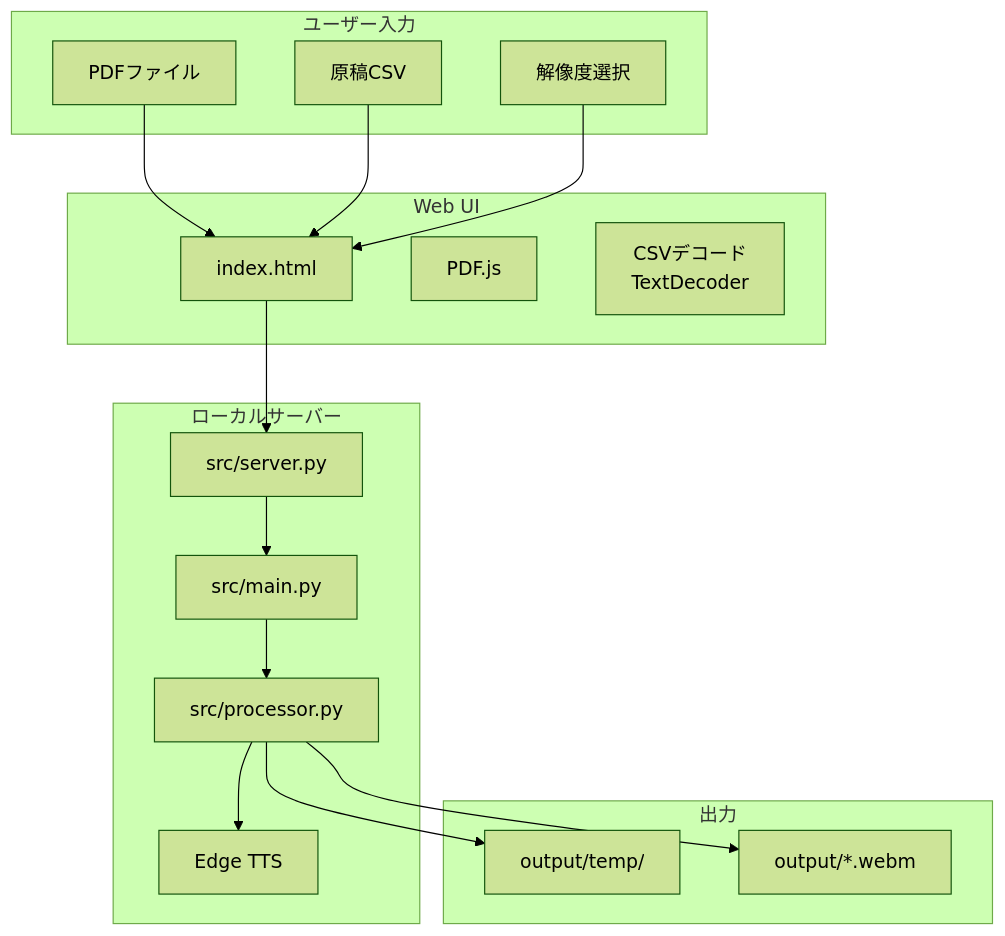
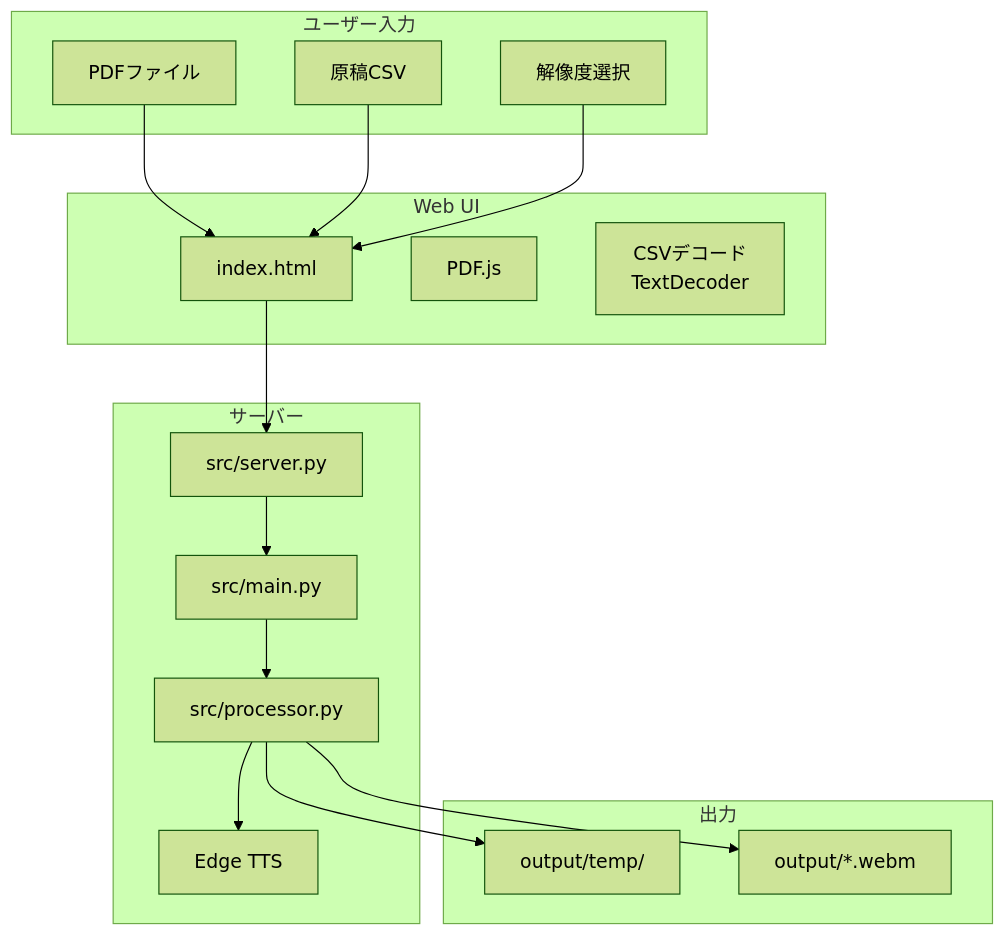
Before and after one commit to J1921604/Slide-MyVoice-Maker: the second of 3 diagrams in specs/001-Slide-Voice-Maker/spec.md, drawn with Mermaid (forest theme). The commit also changed other lines of this file and 8 other files, not shown here.

````diff
--- a/specs/001-Slide-Voice-Maker/spec.md
+++ b/specs/001-Slide-Voice-Maker/spec.md
@@ -48,36 +48,36 @@
 ```mermaid
 flowchart TB
     subgraph ユーザー入力
         PDF[PDFファイル]
         CSV[原稿CSV]
         RES[解像度選択]
     end
 
-    subgraph ローカルサーバー
+    subgraph サーバー
         SERVER[src/server.py]
         MAIN[src/main.py]
         PROC[src/processor.py]
         TTS[Edge TTS]
     end
 
     subgraph Web UI
         HTML[index.html]
         PDFJS[PDF.js]
         CSVDEC[CSVデコード<br/>TextDecoder]
     end
 
     subgraph 出力
         TEMP[output/temp/]
         WEBM[output/*.webm]
     end
 
     PDF --> HTML
     CSV --> HTML
     RES --> HTML
     HTML --> SERVER
     SERVER --> MAIN
     MAIN --> PROC
     PROC --> TTS
     PROC --> TEMP
     PROC --> WEBM
 ```
````
